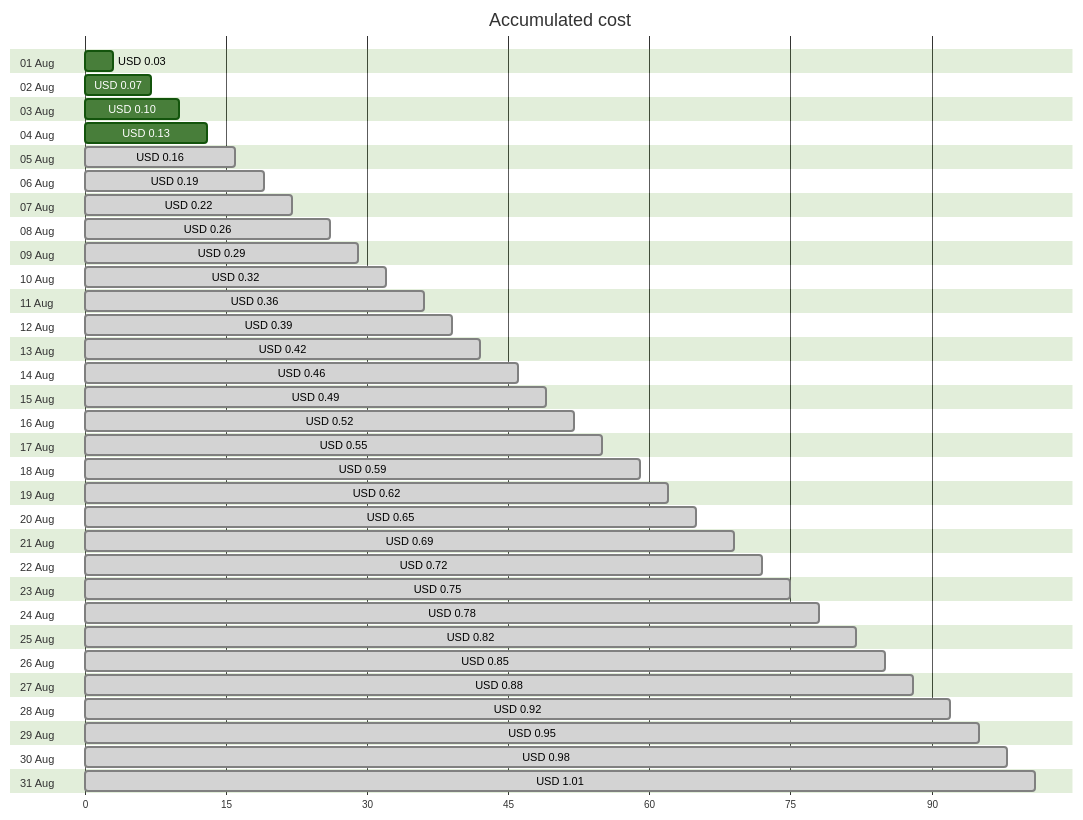
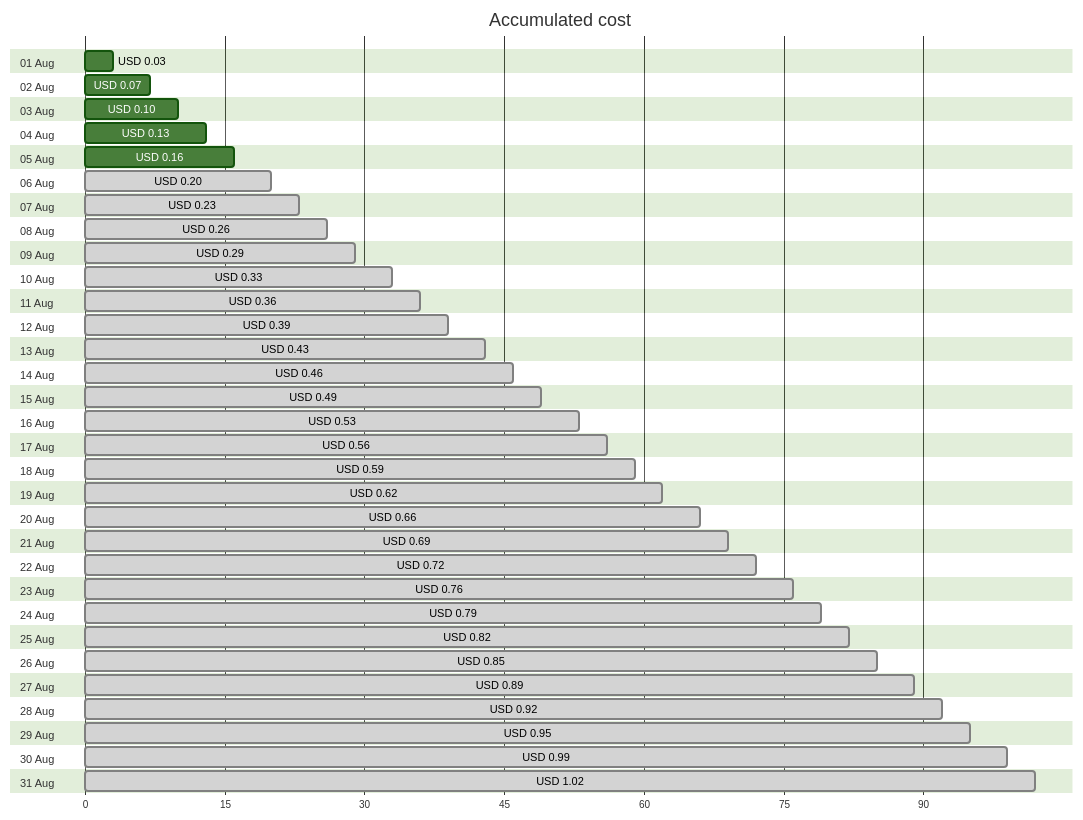
One commit to jpfulton/azure-personal-reports changed the first of 4 diagrams in cost-reports/personal-dns/README.md. Above: the diagram before and after it, drawn with Mermaid (forest theme). The commit also changed other lines of this file and 2 other files, not shown here.

Commit message:
Generated reports [skip ci]

````diff
--- a/cost-reports/personal-dns/README.md
+++ b/cost-reports/personal-dns/README.md
@@ -20,68 +20,68 @@
 ```mermaid
 gantt
    title Accumulated cost
    dateFormat  X
    axisFormat %s
    section 01 Aug
    USD 0.03 :0, 3
    section 02 Aug
    USD 0.07 :0, 7
    section 03 Aug
    USD 0.10 :0, 10
    section 04 Aug
    USD 0.13 :0, 13
    section 05 Aug
-   USD 0.16 : done, 0, 16
+   USD 0.16 :0, 16
    section 06 Aug
-   USD 0.19 : done, 0, 19
+   USD 0.20 : done, 0, 20
    section 07 Aug
-   USD 0.22 : done, 0, 22
+   USD 0.23 : done, 0, 23
    section 08 Aug
    USD 0.26 : done, 0, 26
    section 09 Aug
    USD 0.29 : done, 0, 29
    section 10 Aug
-   USD 0.32 : done, 0, 32
+   USD 0.33 : done, 0, 33
    section 11 Aug
    USD 0.36 : done, 0, 36
    section 12 Aug
    USD 0.39 : done, 0, 39
    section 13 Aug
-   USD 0.42 : done, 0, 42
+   USD 0.43 : done, 0, 43
    section 14 Aug
    USD 0.46 : done, 0, 46
    section 15 Aug
    USD 0.49 : done, 0, 49
    section 16 Aug
-   USD 0.52 : done, 0, 52
+   USD 0.53 : done, 0, 53
    section 17 Aug
-   USD 0.55 : done, 0, 55
+   USD 0.56 : done, 0, 56
    section 18 Aug
    USD 0.59 : done, 0, 59
    section 19 Aug
    USD 0.62 : done, 0, 62
    section 20 Aug
-   USD 0.65 : done, 0, 65
+   USD 0.66 : done, 0, 66
    section 21 Aug
    USD 0.69 : done, 0, 69
    section 22 Aug
    USD 0.72 : done, 0, 72
    section 23 Aug
-   USD 0.75 : done, 0, 75
+   USD 0.76 : done, 0, 76
    section 24 Aug
-   USD 0.78 : done, 0, 78
+   USD 0.79 : done, 0, 79
    section 25 Aug
    USD 0.82 : done, 0, 82
    section 26 Aug
    USD 0.85 : done, 0, 85
    section 27 Aug
-   USD 0.88 : done, 0, 88
+   USD 0.89 : done, 0, 89
    section 28 Aug
    USD 0.92 : done, 0, 92
    section 29 Aug
    USD 0.95 : done, 0, 95
    section 30 Aug
-   USD 0.98 : done, 0, 98
+   USD 0.99 : done, 0, 99
    section 31 Aug
-   USD 1.01 : done, 0, 101
+   USD 1.02 : done, 0, 102
 ```
````
